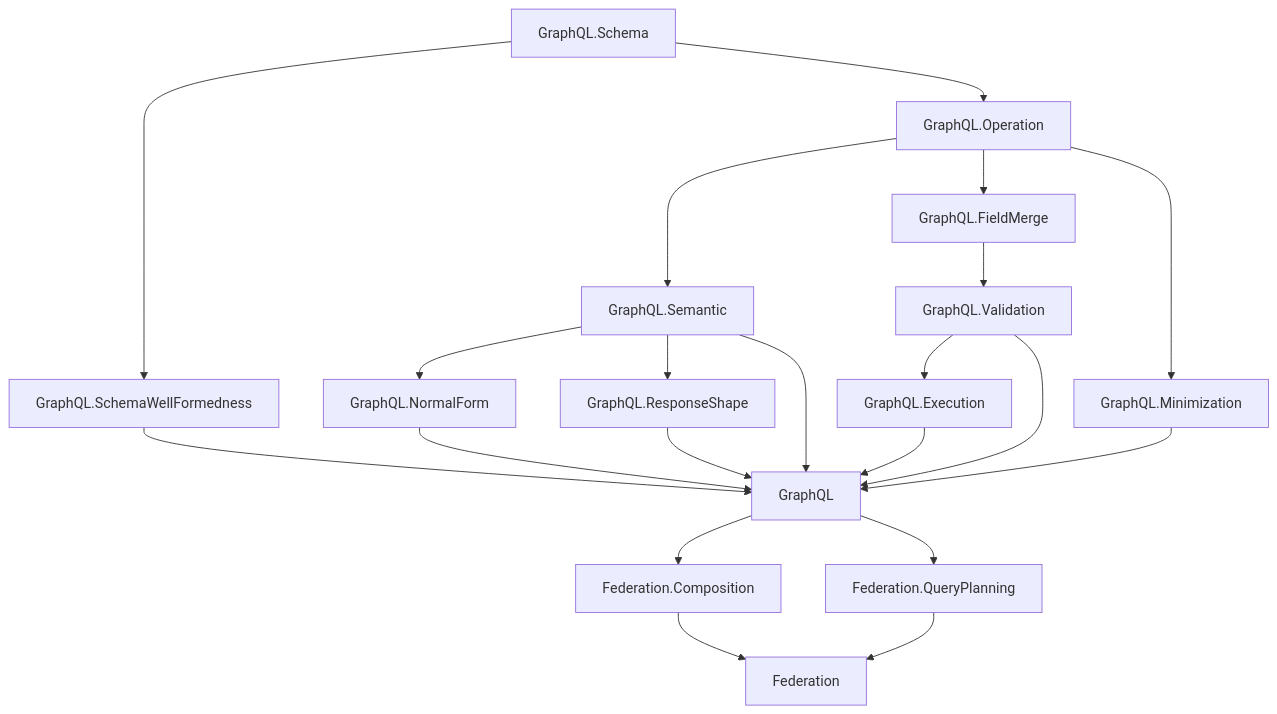
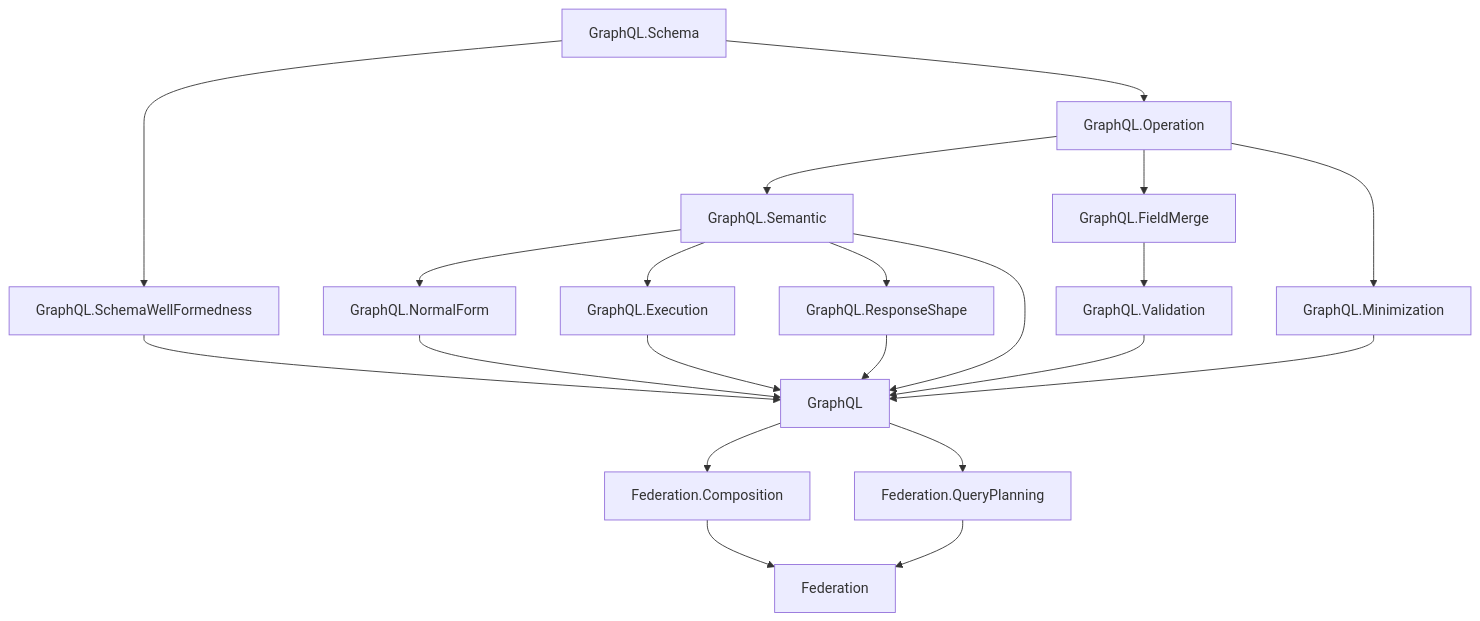
The diagram in docs/overview.md (duckki/GraphQL.lean), drawn with Mermaid before and after one commit. The commit also changed other lines of this file and 3 other files, not shown here.

````diff
--- a/docs/overview.md
+++ b/docs/overview.md
@@ -11,41 +11,41 @@
 ```mermaid
 flowchart TD
   Schema["GraphQL.Schema"]
   SchemaWF["GraphQL.SchemaWellFormedness"]
   Operation["GraphQL.Operation"]
   Semantic["GraphQL.Semantic"]
   FieldMerge["GraphQL.FieldMerge"]
   Validation["GraphQL.Validation"]
   NormalForm["GraphQL.NormalForm"]
   ResponseShape["GraphQL.ResponseShape"]
   Execution["GraphQL.Execution"]
   Minimization["GraphQL.Minimization"]
   GraphQLRoot["GraphQL"]
 
   FederationComposition["Federation.Composition"]
   FederationQueryPlanning["Federation.QueryPlanning"]
   FederationRoot["Federation"]
 
   Schema --> SchemaWF
   Schema --> Operation
   Operation --> Semantic
   Operation --> FieldMerge
   FieldMerge --> Validation
   Semantic --> NormalForm
-  Validation --> Execution
+  Semantic --> Execution
   Semantic --> ResponseShape
   Operation --> Minimization
 
   SchemaWF --> GraphQLRoot
   Semantic --> GraphQLRoot
   Validation --> GraphQLRoot
   NormalForm --> GraphQLRoot
   ResponseShape --> GraphQLRoot
   Execution --> GraphQLRoot
   Minimization --> GraphQLRoot
 
   GraphQLRoot --> FederationComposition
   GraphQLRoot --> FederationQueryPlanning
   FederationComposition --> FederationRoot
   FederationQueryPlanning --> FederationRoot
 ```
````
